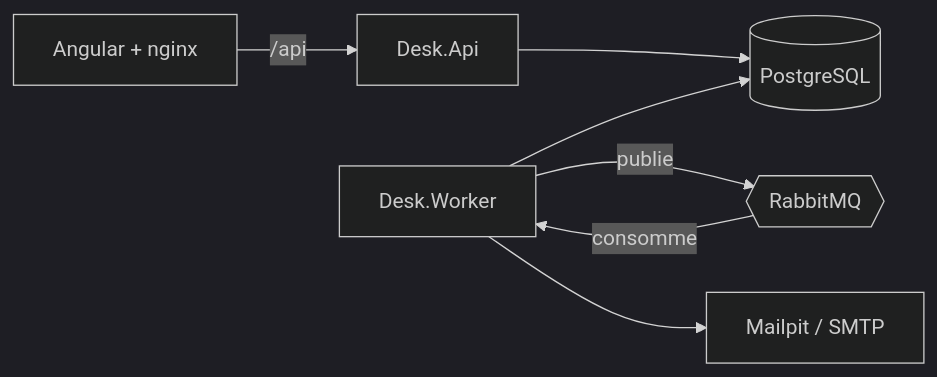
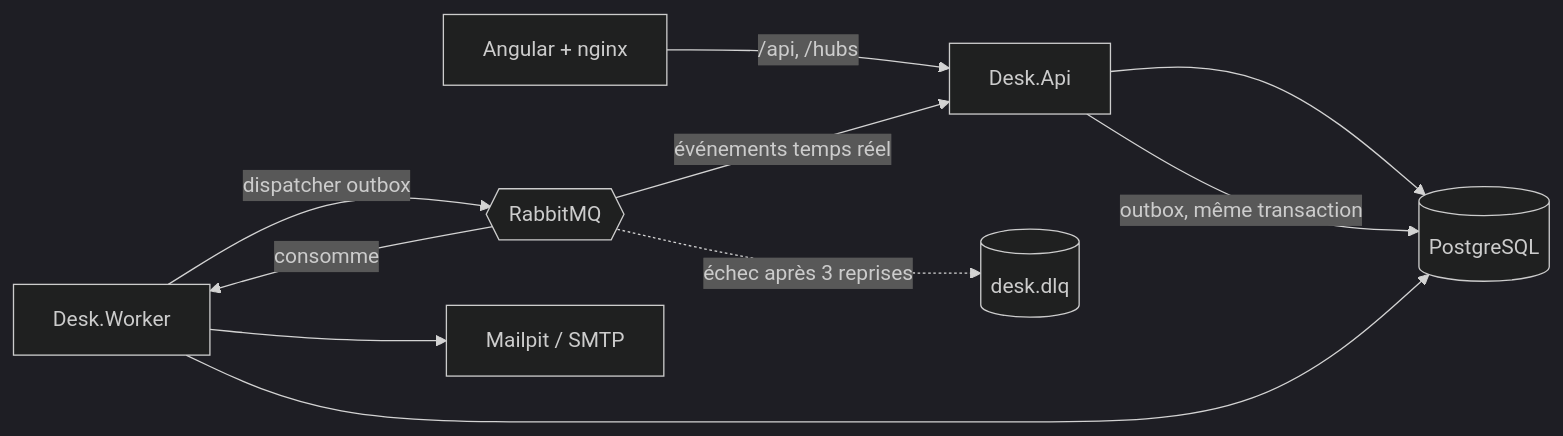
One commit to BabacarANE/DeskFlow changed the diagram in README.md. Above: the diagram before and after it, drawn with Mermaid (dark theme). The commit also changed other lines of this file and 11 other files, not shown here.

First line of the commit message:
docs: add README screenshots, architecture overview and 5-minute demo script

````diff
--- a/README.md
+++ b/README.md
@@ -29,9 +49,12 @@
 ```mermaid
 flowchart LR
-  Web[Angular + nginx] -->|/api| API[Desk.Api]
+  Web[Angular + nginx] -->|/api, /hubs| API[Desk.Api]
   API --> PG[(PostgreSQL)]
-  Worker[Desk.Worker] --> PG
-  Worker -->|publie| MQ{{RabbitMQ}}
+  API -->|outbox, même transaction| PG
+  Worker[Desk.Worker] -->|dispatcher outbox| MQ{{RabbitMQ}}
+  Worker --> PG
   MQ -->|consomme| Worker
+  MQ -->|événements temps réel| API
   Worker --> Mail[Mailpit / SMTP]
+  MQ -. échec après 3 reprises .-> DLQ[(desk.dlq)]
 ```
````
